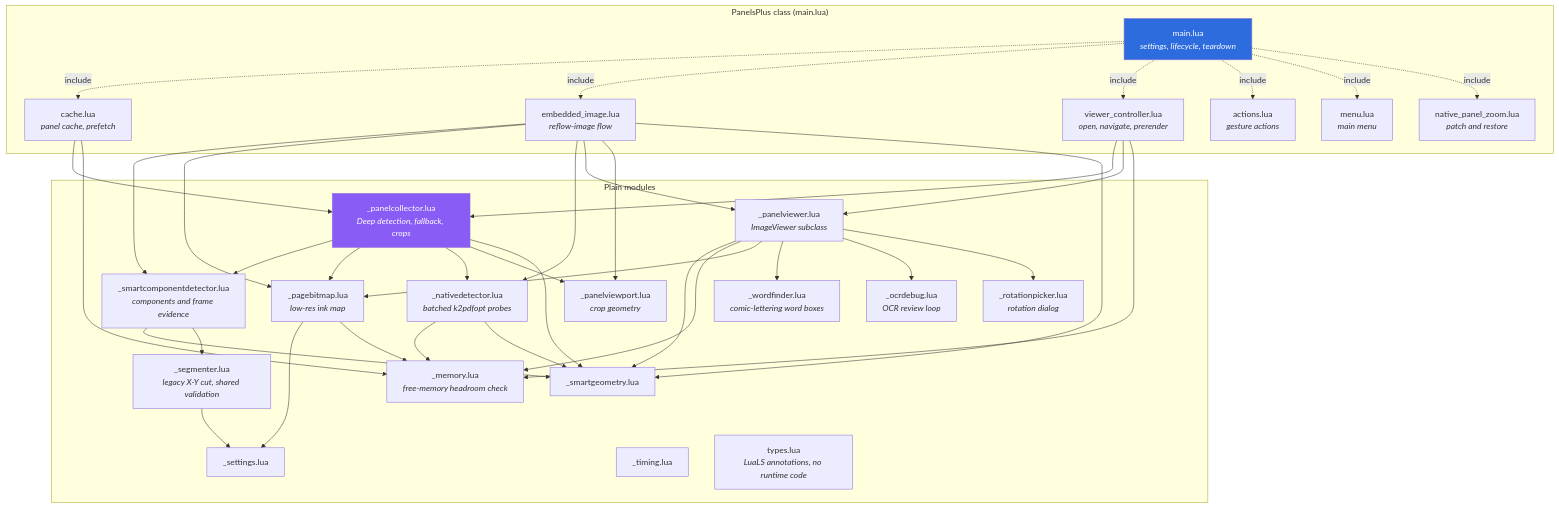
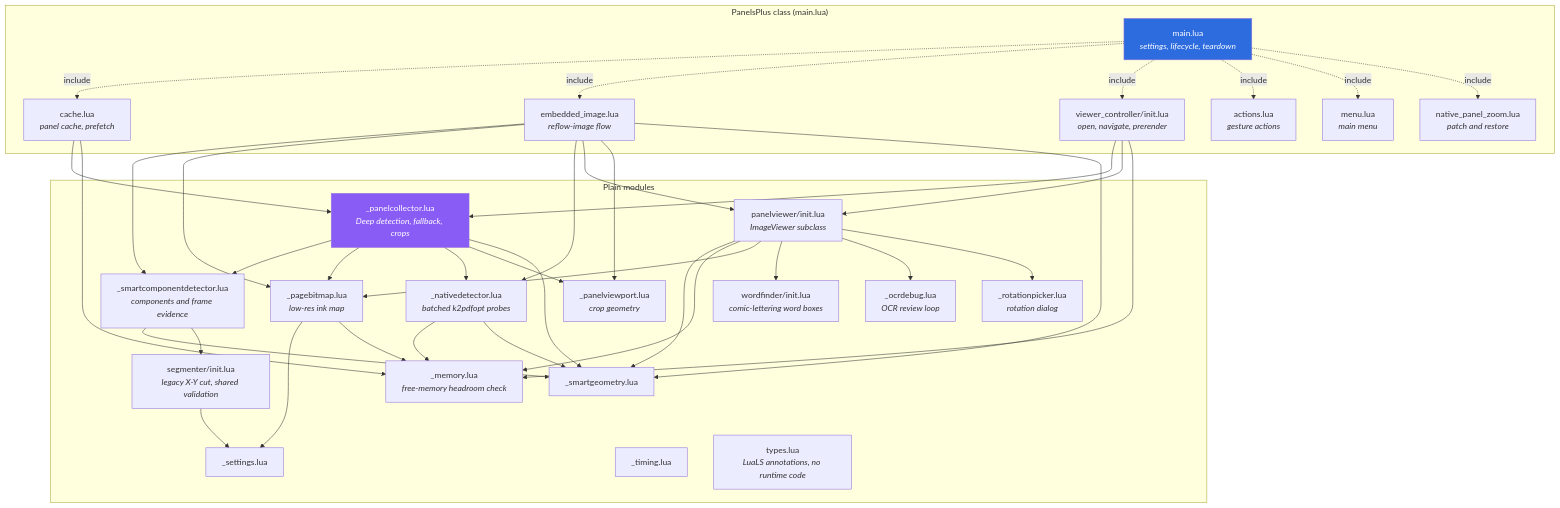
The second of 5 diagrams in docs/ARCHITECTURE.md (KristanLaimon/PanelsPlus), drawn with Mermaid before and after one commit. The commit also changed other lines of this file and 30 other files, not shown here.

````diff
--- a/docs/ARCHITECTURE.md
+++ b/docs/ARCHITECTURE.md
@@ -73,69 +73,69 @@
 ```mermaid
 flowchart TD
     subgraph pluginclass ["PanelsPlus class (main.lua)"]
         MAIN["main.lua<br/><i>settings, lifecycle, teardown</i>"]
         CACHE["cache.lua<br/><i>panel cache, prefetch</i>"]
         EMB["embedded_image.lua<br/><i>reflow-image flow</i>"]
-        VC["viewer_controller.lua<br/><i>open, navigate, prerender</i>"]
+        VC["viewer_controller/init.lua<br/><i>open, navigate, prerender</i>"]
         ACT["actions.lua<br/><i>gesture actions</i>"]
         MENU["menu.lua<br/><i>main menu</i>"]
         NPZ["native_panel_zoom.lua<br/><i>patch and restore</i>"]
     end
 
     subgraph plain ["Plain modules"]
         PC["_panelcollector.lua<br/><i>Deep detection, fallback, crops</i>"]
         CD["_smartcomponentdetector.lua<br/><i>components and frame evidence</i>"]
-        SEG["_segmenter.lua<br/><i>legacy X-Y cut, shared validation</i>"]
+        SEG["segmenter/init.lua<br/><i>legacy X-Y cut, shared validation</i>"]
         PB["_pagebitmap.lua<br/><i>low-res ink map</i>"]
         ND["_nativedetector.lua<br/><i>batched k2pdfopt probes</i>"]
         VP["_panelviewport.lua<br/><i>crop geometry</i>"]
-        PV["_panelviewer.lua<br/><i>ImageViewer subclass</i>"]
-        WF["_wordfinder.lua<br/><i>comic-lettering word boxes</i>"]
+        PV["panelviewer/init.lua<br/><i>ImageViewer subclass</i>"]
+        WF["wordfinder/init.lua<br/><i>comic-lettering word boxes</i>"]
         RP["_rotationpicker.lua<br/><i>rotation dialog</i>"]
         OD["_ocrdebug.lua<br/><i>OCR review loop</i>"]
         GEO["_smartgeometry.lua"]
         SET["_settings.lua"]
         TIM["_timing.lua"]
         MEM["_memory.lua<br/><i>free-memory headroom check</i>"]
         TYP["types.lua<br/><i>LuaLS annotations, no runtime code</i>"]
     end
 
     MAIN -.->|include| CACHE
     MAIN -.->|include| EMB
     MAIN -.->|include| VC
     MAIN -.->|include| ACT
     MAIN -.->|include| MENU
     MAIN -.->|include| NPZ
     CACHE --> PC
     CACHE --> MEM
     EMB --> CD
     EMB --> PB
     EMB --> ND
     EMB --> PV
     EMB --> VP
     EMB --> GEO
     VC --> PC
     VC --> PV
     VC --> MEM
     PC --> CD
     PC --> PB
     PC --> ND
     PC --> VP
     PC --> GEO
     CD --> GEO
     CD --> SEG
     ND --> MEM
     ND --> GEO
     SEG --> SET
     PB --> SET
     PB --> MEM
     PV --> GEO
     PV --> MEM
     PV --> PB
     PV --> WF
     PV --> OD
     PV --> RP
 
     style MAIN fill:#2d6cdf,color:#fff
     style PC fill:#8a5cf6,color:#fff
 ```
````
